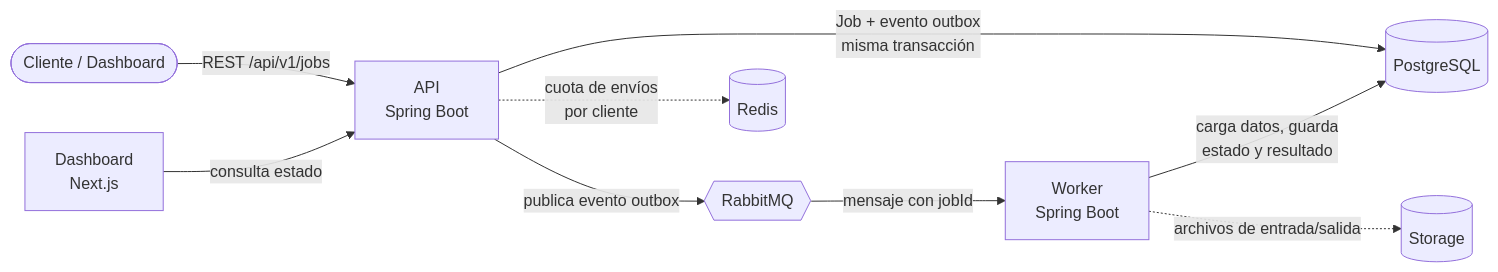
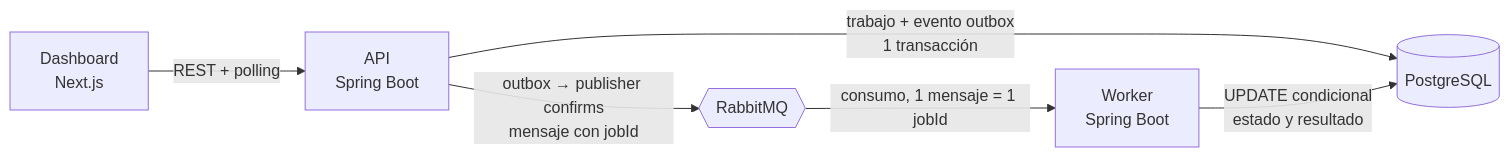
One commit to Cosmichomeless/QueueLab changed the diagram in README.md. Above: the diagram before and after it, drawn with Mermaid. The commit also changed other lines of this file and 9 other files, not shown here.

````diff
--- a/README.md
+++ b/README.md
@@ -18,11 +53,8 @@
 ```mermaid
 flowchart LR
-    Client([Cliente / Dashboard]) -->|REST /api/v1/jobs| API[API<br/>Spring Boot]
-    API -->|Job + evento outbox<br/>misma transacción| PG[(PostgreSQL)]
-    API -->|publica evento outbox| MQ{{RabbitMQ}}
-    API -.->|cuota de envíos<br/>por cliente| Redis[(Redis)]
-    MQ -->|mensaje con jobId| Worker[Worker<br/>Spring Boot]
-    Worker -->|carga datos, guarda<br/>estado y resultado| PG
-    Worker -.->|archivos de entrada/salida| Storage[(Storage)]
-    Dashboard[Dashboard<br/>Next.js] -->|consulta estado| API
+    D[Dashboard<br/>Next.js] -->|REST + polling| A[API<br/>Spring Boot]
+    A -->|trabajo + evento outbox<br/>1 transacción| P[(PostgreSQL)]
+    A -->|outbox → publisher confirms<br/>mensaje con jobId| M{{RabbitMQ}}
+    M -->|consumo, 1 mensaje = 1 jobId| W[Worker<br/>Spring Boot]
+    W -->|UPDATE condicional<br/>estado y resultado| P
 ```
````
